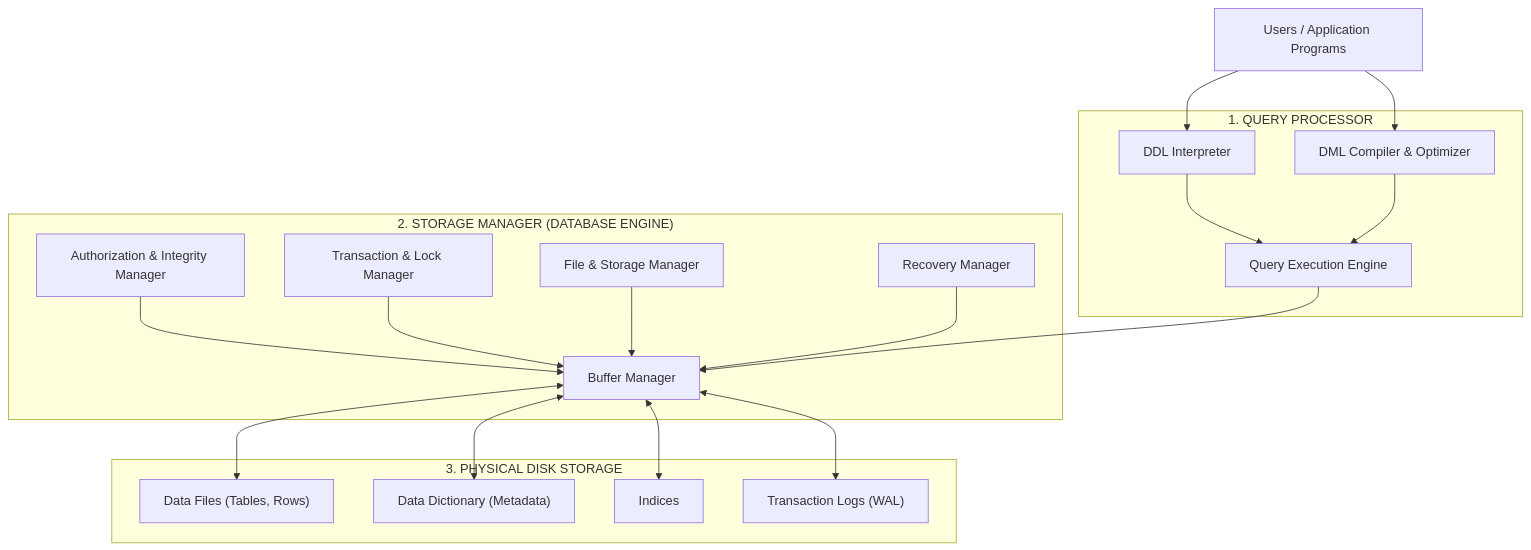
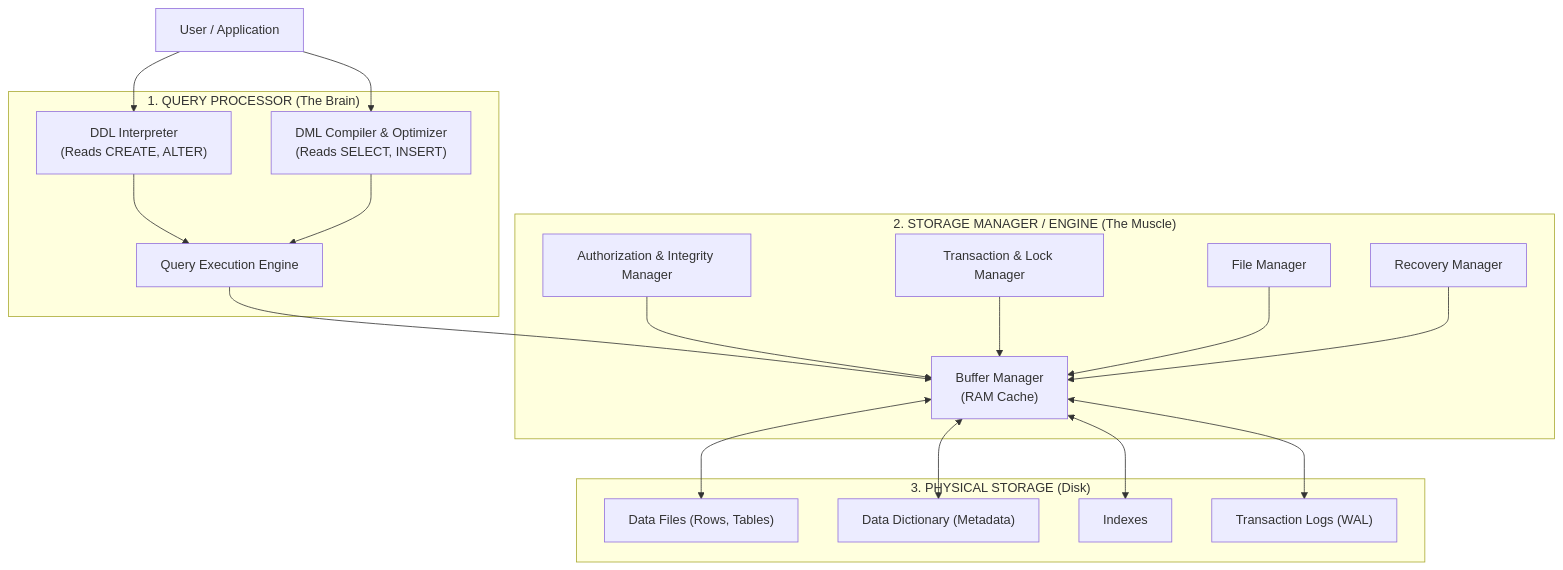
Before and after one commit to daihan054/Govt-it-question-bank-last-16-years-compact-it: diagram 14 of 19 in all-theories-with-previous-questions-attached/database.md, drawn with Mermaid. The commit also changed other lines of this file, not shown here.

Commit message:
docs(database): simplify 4 new theory topics with beginner-friendly GeeksforGeeks style explanations and analogies

````diff
--- a/all-theories-with-previous-questions-attached/database.md
+++ b/all-theories-with-previous-questions-attached/database.md
@@ -1793,36 +1940,36 @@
 ```mermaid
 flowchart TD
-    USER["Users / Application Programs"] --> DDL_I["DDL Interpreter"]
-    USER --> DML_C["DML Compiler & Optimizer"]
+    USER["User / Application"] --> DDL_I["DDL Interpreter<br/>(Reads CREATE, ALTER)"]
+    USER --> DML_C["DML Compiler & Optimizer<br/>(Reads SELECT, INSERT)"]
     
-    subgraph QP_BOX["1. QUERY PROCESSOR"]
+    subgraph QP_BOX["1. QUERY PROCESSOR (The Brain)"]
         DDL_I --> QEE["Query Execution Engine"]
         DML_C --> QEE
     end
     
-    subgraph SM_BOX["2. STORAGE MANAGER (DATABASE ENGINE)"]
+    QEE --> BUF["Buffer Manager<br/>(RAM Cache)"]
+    
+    subgraph SM_BOX["2. STORAGE MANAGER / ENGINE (The Muscle)"]
         AUTH["Authorization & Integrity Manager"]
         TX["Transaction & Lock Manager"]
-        BUF["Buffer Manager"]
-        FILE["File & Storage Manager"]
+        BUF
+        FILE["File Manager"]
         REC["Recovery Manager"]
         AUTH --> BUF
         TX --> BUF
         FILE --> BUF
         REC --> BUF
     end
     
-    QEE --> BUF
-    
-    subgraph DISK_BOX["3. PHYSICAL DISK STORAGE"]
-        DATA["Data Files (Tables, Rows)"]
+    subgraph DISK_BOX["3. PHYSICAL STORAGE (Disk)"]
+        DATA["Data Files (Rows, Tables)"]
         DICT["Data Dictionary (Metadata)"]
-        IDX["Indices"]
+        IDX["Indexes"]
         LOGS["Transaction Logs (WAL)"]
     end
     
     BUF <--> DATA
     BUF <--> DICT
     BUF <--> IDX
     BUF <--> LOGS
 ```
````
